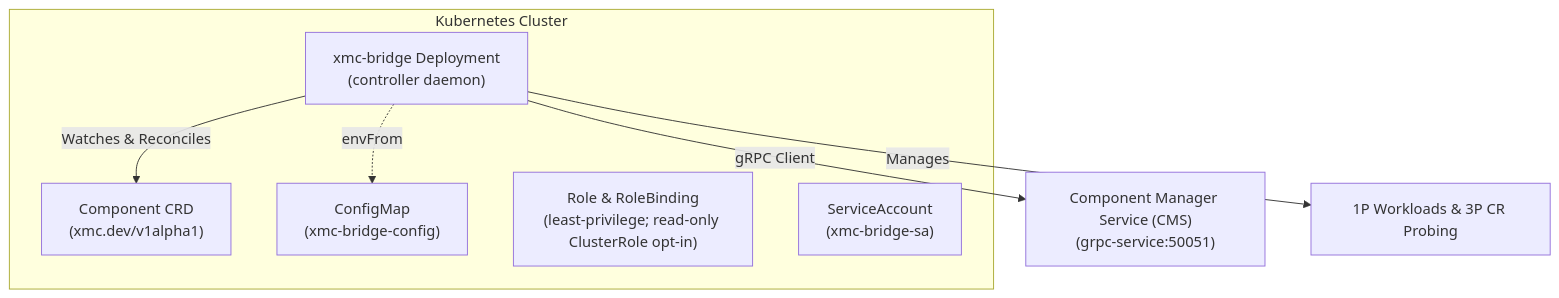
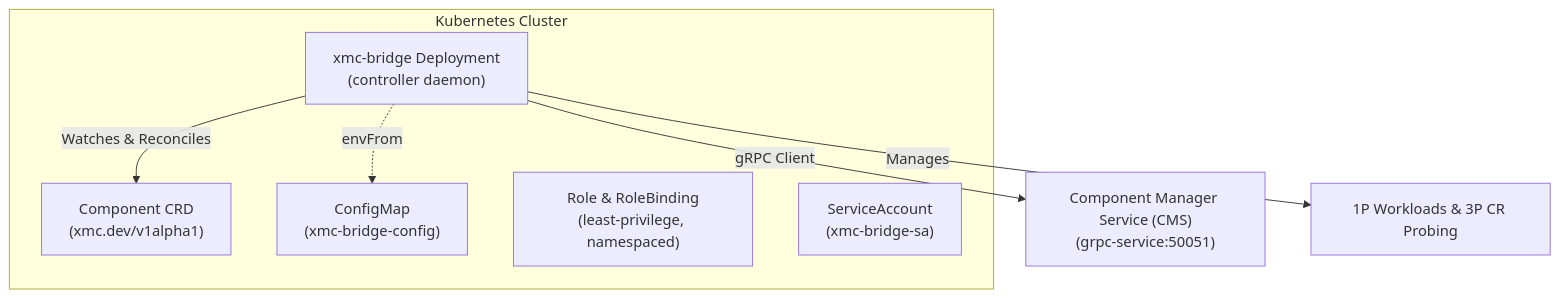
One commit to google/xmc changed the diagram in cmd/xmc_bridge/README.md. Above: the diagram before and after it, drawn with Mermaid. The commit also changed other lines of this file and 4 other files, not shown here.

````diff
--- a/cmd/xmc_bridge/README.md
+++ b/cmd/xmc_bridge/README.md
@@ -9,15 +9,15 @@
 ```mermaid
 graph TD
     subgraph Kubernetes["Kubernetes Cluster"]
         CRD["Component CRD<br>(xmc.dev/v1alpha1)"]
         Deploy["xmc-bridge Deployment<br>(controller daemon)"]
         CM["ConfigMap<br>(xmc-bridge-config)"]
-        RBAC["Role & RoleBinding<br>(least-privilege; read-only ClusterRole opt-in)"]
+        RBAC["Role & RoleBinding<br>(least-privilege, namespaced)"]
         SA["ServiceAccount<br>(xmc-bridge-sa)"]
     end
 
     Deploy -.->|"envFrom"| CM
     Deploy -->|"Watches & Reconciles"| CRD
     Deploy -->|"gRPC Client"| CMS["Component Manager Service (CMS)<br>(grpc-service:50051)"]
     Deploy -->|"Manages"| Workloads["1P Workloads & 3P CR Probing"]
 ```
````
